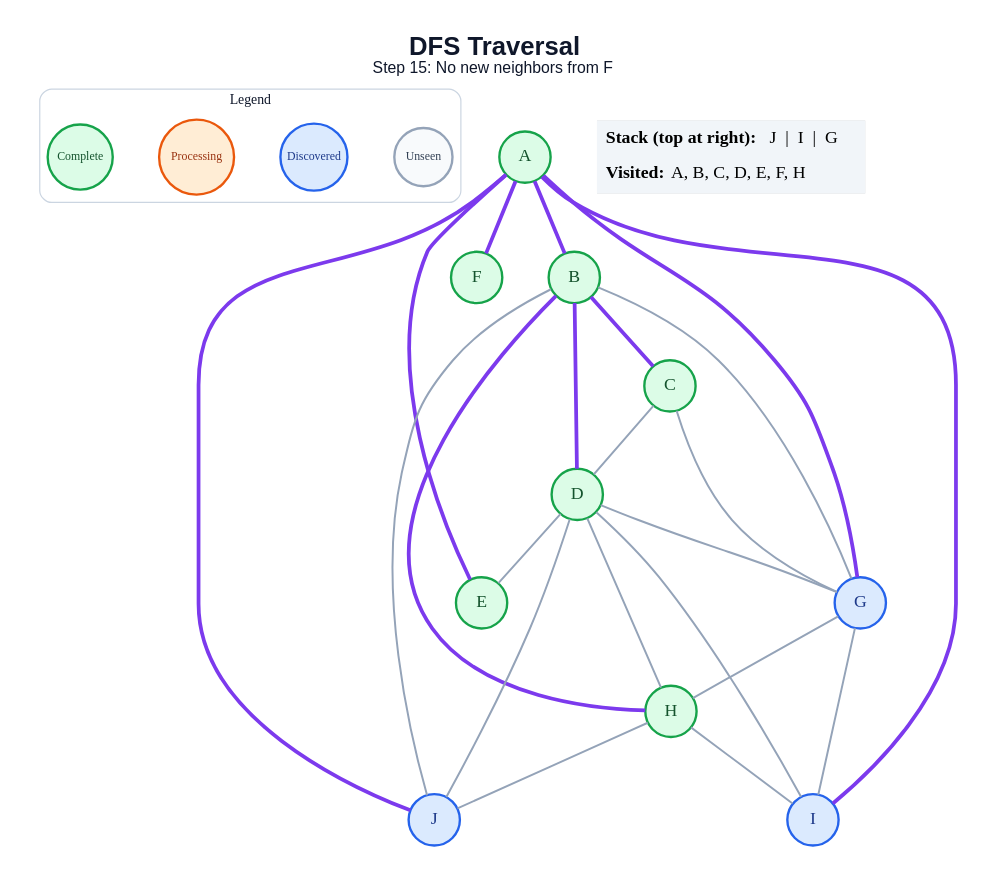
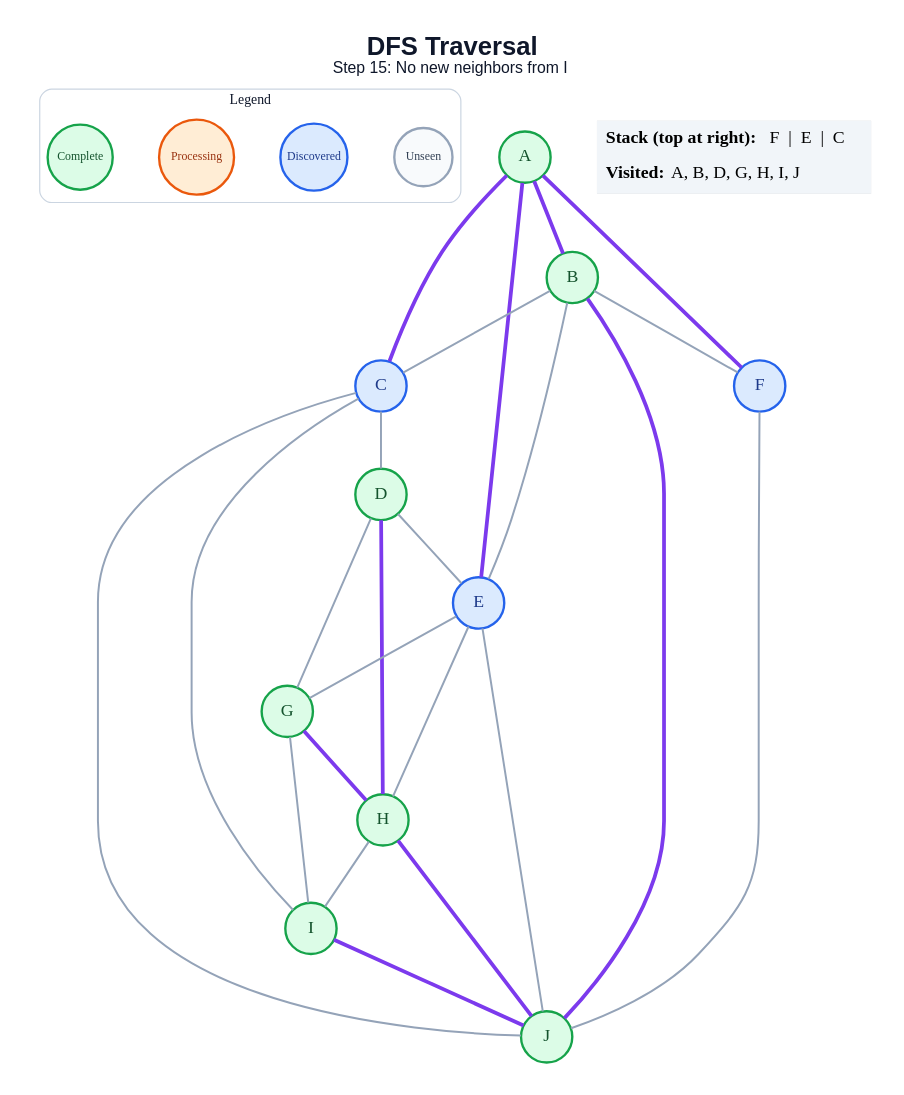
The diagram in generated/dfs/step_15.dot (amanghodawala9/ai-slop), drawn with Graphviz before and after one commit. The commit also changed 178 other files, not shown here.

```diff
--- a/generated/dfs/step_15.dot
+++ b/generated/dfs/step_15.dot
@@ -1,51 +1,52 @@
 graph traversal {
   graph [layout=dot, rankdir=TB, bgcolor="#FFFFFF", pad="0.35", nodesep="0.65", ranksep="0.8", fontname="Arial"];
   node [shape=circle, style="filled", fontname="Arial Bold", fontsize=18, width=0.72, fixedsize=true, penwidth=2.4];
   edge [color="#94A3B8", penwidth=2.0];
-  label=<<B>DFS Traversal</B><BR/><FONT POINT-SIZE="16">Step 15: No new neighbors from F</FONT>>; labelloc="t"; fontsize=26; fontname="Arial"; fontcolor="#0F172A";
+  label=<<B>DFS Traversal</B><BR/><FONT POINT-SIZE="16">Step 15: No new neighbors from I</FONT>>; labelloc="t"; fontsize=26; fontname="Arial"; fontcolor="#0F172A";
   subgraph cluster_legend { label="Legend"; color="#CBD5E1"; penwidth=1.2; style="rounded"; fontsize=14; fontname="Arial Bold";
     key_unseen [label="Unseen", fillcolor="#F8FAFC", color="#94A3B8", fontcolor="#334155", fontsize=12, width=0.82];
     key_frontier [label="Discovered", fillcolor="#DBEAFE", color="#2563EB", fontcolor="#1E3A8A", fontsize=12, width=0.95];
     key_current [label="Processing", fillcolor="#FFEDD5", color="#EA580C", fontcolor="#9A3412", fontsize=12, width=1.05];
     key_done [label="Complete", fillcolor="#DCFCE7", color="#16A34A", fontcolor="#14532D", fontsize=12, width=0.92];
     { rank=same; key_unseen; key_frontier; key_current; key_done; }
   }
   A [fillcolor="#DCFCE7", color="#16A34A", fontcolor="#14532D"];
   B [fillcolor="#DCFCE7", color="#16A34A", fontcolor="#14532D"];
-  C [fillcolor="#DCFCE7", color="#16A34A", fontcolor="#14532D"];
+  C [fillcolor="#DBEAFE", color="#2563EB", fontcolor="#1E3A8A"];
   D [fillcolor="#DCFCE7", color="#16A34A", fontcolor="#14532D"];
-  E [fillcolor="#DCFCE7", color="#16A34A", fontcolor="#14532D"];
-  F [fillcolor="#DCFCE7", color="#16A34A", fontcolor="#14532D"];
-  G [fillcolor="#DBEAFE", color="#2563EB", fontcolor="#1E3A8A"];
+  E [fillcolor="#DBEAFE", color="#2563EB", fontcolor="#1E3A8A"];
+  F [fillcolor="#DBEAFE", color="#2563EB", fontcolor="#1E3A8A"];
+  G [fillcolor="#DCFCE7", color="#16A34A", fontcolor="#14532D"];
   H [fillcolor="#DCFCE7", color="#16A34A", fontcolor="#14532D"];
-  I [fillcolor="#DBEAFE", color="#2563EB", fontcolor="#1E3A8A"];
-  J [fillcolor="#DBEAFE", color="#2563EB", fontcolor="#1E3A8A"];
+  I [fillcolor="#DCFCE7", color="#16A34A", fontcolor="#14532D"];
+  J [fillcolor="#DCFCE7", color="#16A34A", fontcolor="#14532D"];
   A -- B [color="#7C3AED", penwidth=3.8];
+  A -- C [color="#7C3AED", penwidth=3.8];
   A -- E [color="#7C3AED", penwidth=3.8];
   A -- F [color="#7C3AED", penwidth=3.8];
-  A -- G [color="#7C3AED", penwidth=3.8];
-  A -- I [color="#7C3AED", penwidth=3.8];
-  A -- J [color="#7C3AED", penwidth=3.8];
-  B -- C [color="#7C3AED", penwidth=3.8];
-  B -- D [color="#7C3AED", penwidth=3.8];
-  B -- G;
-  B -- H [color="#7C3AED", penwidth=3.8];
-  B -- J;
+  B -- C;
+  B -- E;
+  B -- F;
+  B -- J [color="#7C3AED", penwidth=3.8];
   C -- D;
-  C -- G;
+  C -- I;
+  C -- J;
   D -- E;
   D -- G;
-  D -- H;
-  D -- I;
-  D -- J;
-  G -- H;
+  D -- H [color="#7C3AED", penwidth=3.8];
+  E -- G;
+  E -- H;
+  E -- J;
+  F -- J;
+  G -- H [color="#7C3AED", penwidth=3.8];
   G -- I;
   H -- I;
-  H -- J;
+  H -- J [color="#7C3AED", penwidth=3.8];
+  I -- J [color="#7C3AED", penwidth=3.8];
   status [shape=plain, fixedsize=false, width=0, height=0, margin=0, label=<
     <TABLE BORDER="0" CELLBORDER="0" CELLPADDING="7" BGCOLOR="#F1F5F9">
-      <TR><TD ALIGN="LEFT"><B>Stack (top at right):</B> J  |  I  |  G</TD></TR>
-      <TR><TD ALIGN="LEFT"><B>Visited:</B> A, B, C, D, E, F, H</TD></TR>
+      <TR><TD ALIGN="LEFT"><B>Stack (top at right):</B> F  |  E  |  C</TD></TR>
+      <TR><TD ALIGN="LEFT"><B>Visited:</B> A, B, D, G, H, I, J</TD></TR>
     </TABLE>
   >];
 }
```
